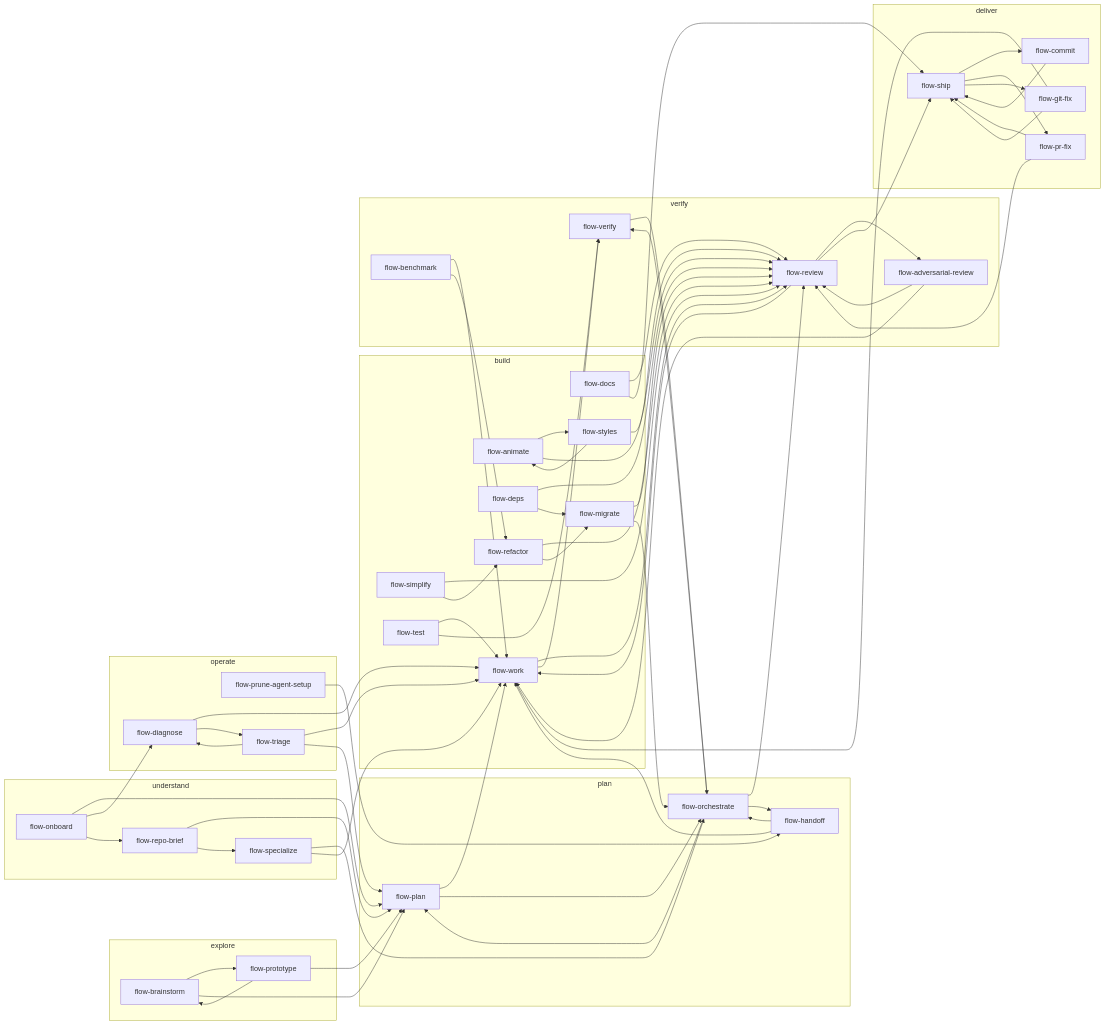
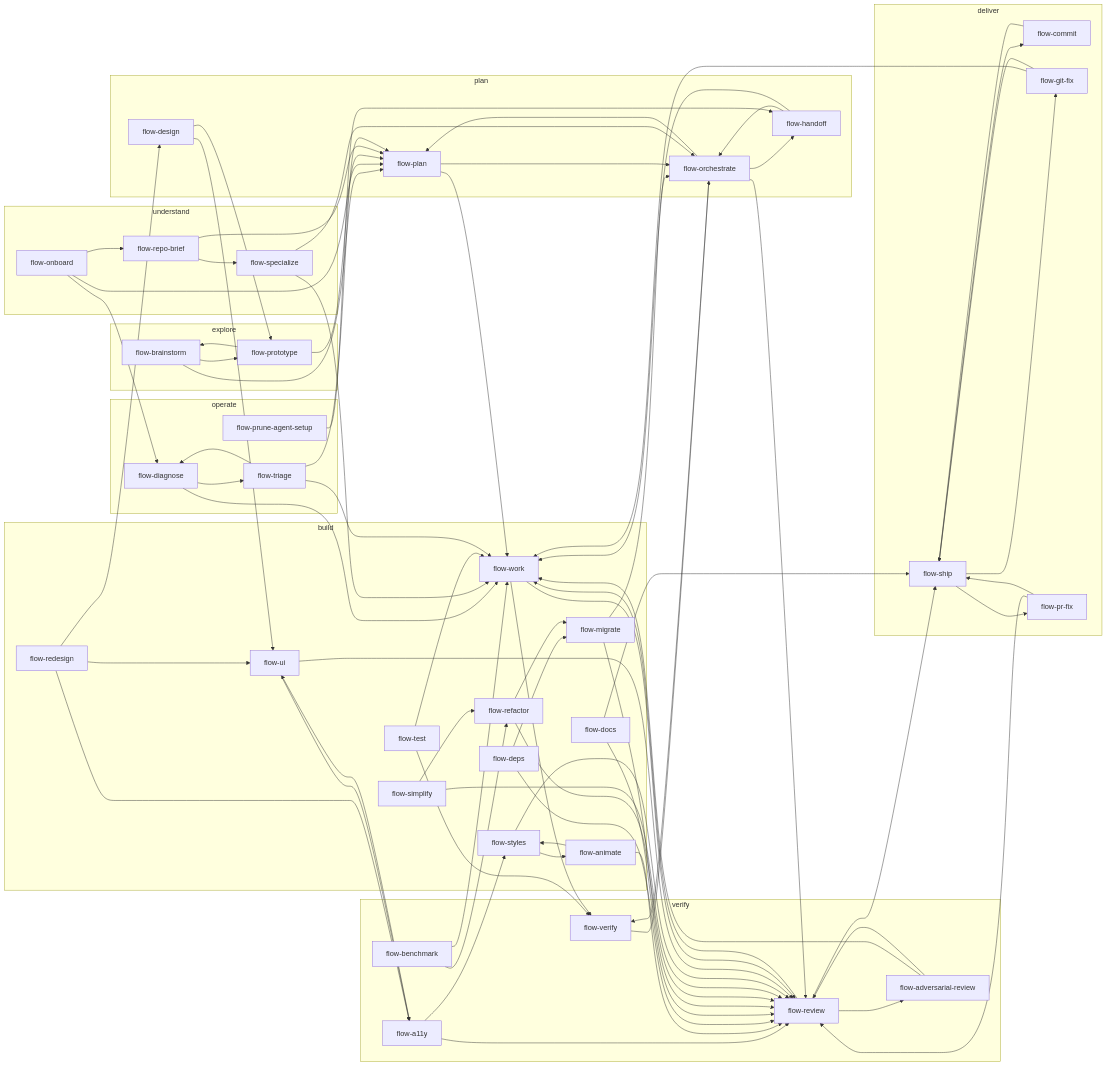
Before and after one commit to emiliodominguez/flow-skills: the second of 2 diagrams in docs/SKILL-MAP.md, drawn with Mermaid. The commit also changed other lines of this file and 46 other files, not shown here.

First line of the commit message:
feat(skills): add flow-design, flow-ui, flow-redesign and flow-a11y

```diff
--- a/docs/SKILL-MAP.md
+++ b/docs/SKILL-MAP.md
@@ -55,6 +56,7 @@
     flow_specialize["flow-specialize"]
   end
   subgraph stage_plan["plan"]
+    flow_design["flow-design"]
     flow_handoff["flow-handoff"]
     flow_orchestrate["flow-orchestrate"]
     flow_plan["flow-plan"]
@@ -64,13 +66,16 @@
     flow_deps["flow-deps"]
     flow_docs["flow-docs"]
     flow_migrate["flow-migrate"]
+    flow_redesign["flow-redesign"]
     flow_refactor["flow-refactor"]
     flow_simplify["flow-simplify"]
     flow_styles["flow-styles"]
     flow_test["flow-test"]
+    flow_ui["flow-ui"]
     flow_work["flow-work"]
   end
   subgraph stage_verify["verify"]
+    flow_a11y["flow-a11y"]
     flow_adversarial_review["flow-adversarial-review"]
     flow_benchmark["flow-benchmark"]
     flow_review["flow-review"]
@@ -87,6 +92,9 @@
     flow_prune_agent_setup["flow-prune-agent-setup"]
     flow_triage["flow-triage"]
   end
+  flow_a11y --> flow_ui
+  flow_a11y --> flow_styles
+  flow_a11y --> flow_review
   flow_adversarial_review --> flow_work
   flow_adversarial_review --> flow_review
   flow_animate --> flow_styles
@@ -98,6 +106,8 @@
   flow_commit --> flow_ship
   flow_deps --> flow_review
   flow_deps --> flow_migrate
+  flow_design --> flow_ui
+  flow_design --> flow_prototype
   flow_diagnose --> flow_work
   flow_diagnose --> flow_triage
   flow_docs --> flow_review
@@ -122,6 +132,9 @@
   flow_prototype --> flow_brainstorm
   flow_prototype --> flow_plan
   flow_prune_agent_setup --> flow_handoff
+  flow_redesign --> flow_design
+  flow_redesign --> flow_ui
+  flow_redesign --> flow_a11y
   flow_refactor --> flow_review
   flow_refactor --> flow_migrate
   flow_repo_brief --> flow_plan
@@ -143,6 +156,8 @@
   flow_triage --> flow_diagnose
   flow_triage --> flow_work
   flow_triage --> flow_plan
+  flow_ui --> flow_a11y
+  flow_ui --> flow_review
   flow_verify --> flow_orchestrate
   flow_work --> flow_review
   flow_work --> flow_verify
```
